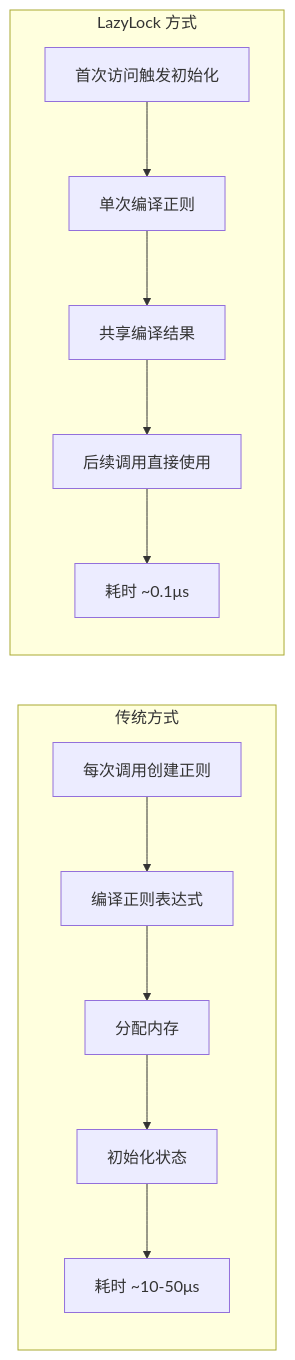
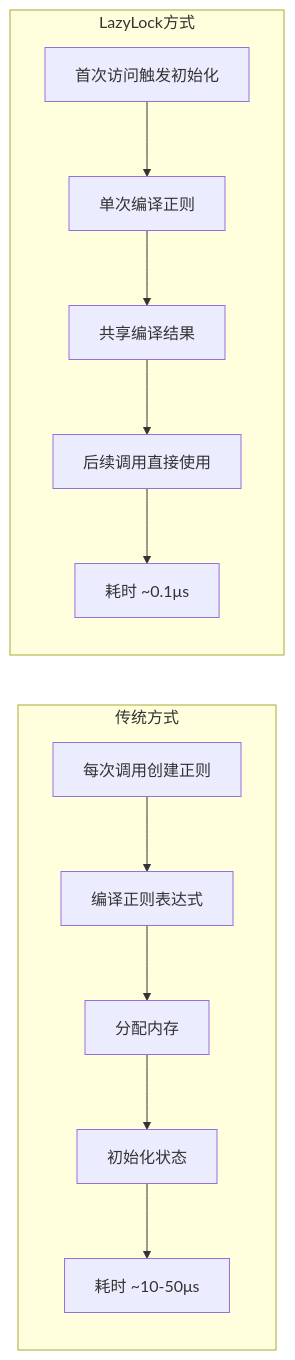
The seventh of 23 diagrams in .qoder/repowiki/zh/content/技术架构详解/即时转译系统/SFC编译器初始化机制/SFC编译器初始化机制.md (itszzl-sudo/iris), drawn with Mermaid before and after one commit. The commit also changed other lines of this file and 7 other files, not shown here.

````diff
--- a/.qoder/repowiki/zh/content/技术架构详解/即时转译系统/SFC编译器初始化机制/SFC编译器初始化机制.md
+++ b/.qoder/repowiki/zh/content/技术架构详解/即时转译系统/SFC编译器初始化机制/SFC编译器初始化机制.md
@@ -357,25 +358,25 @@
 ```mermaid
 graph LR
 subgraph "传统方式"
 A1[每次调用创建正则]
 A2[编译正则表达式]
 A3[分配内存]
 A4[初始化状态]
 A5[耗时 ~10-50μs]
 end
-subgraph "LazyLock 方式"
+subgraph "LazyLock方式"
 B1[首次访问触发初始化]
 B2[单次编译正则]
 B3[共享编译结果]
 B4[后续调用直接使用]
 B5[耗时 ~0.1μs]
 end
 A1 --> A2
 A2 --> A3
 A3 --> A4
 A4 --> A5
 B1 --> B2
 B2 --> B3
 B3 --> B4
 B4 --> B5
 ```
````
